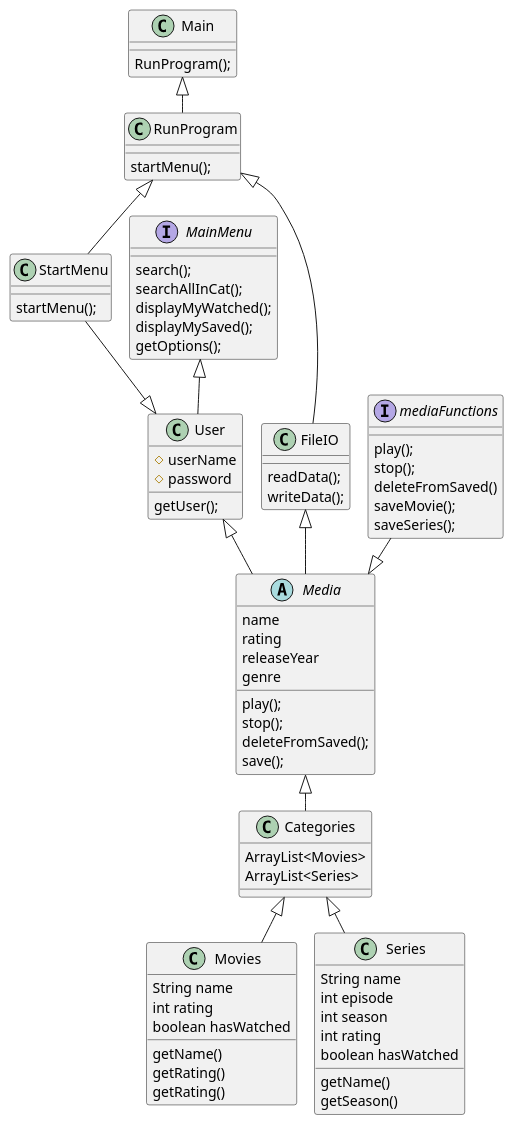
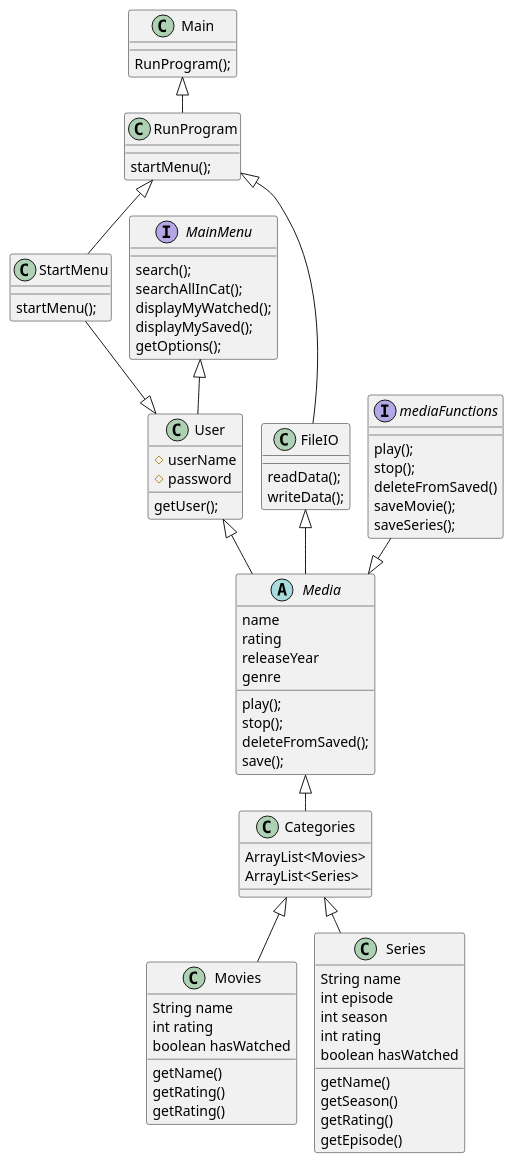
Before and after one commit to SitthichaiPhuanphimai/SP3: the diagram in src/SP3.puml, drawn with PlantUML. The commit also changed 2 other files, not shown here.

```diff
--- a/src/SP3.puml
+++ b/src/SP3.puml
@@ -1,88 +1,90 @@
 @startuml
 'https://plantuml.com/class-diagram
 !pragma layout smetana
 
 Main <|-- RunProgram
 Main : RunProgram();
 
 RunProgram <|--StartMenu
 RunProgram : startMenu();
-
 
 StartMenu : startMenu();
 
 StartMenu --|> User
 MainMenu<|-- User
 User <|-- Media
 
 User : getUser();
 User : #userName
 User : #password
 
 interface mediaFunctions
 abstract class Media
 Class Movies
 Class Series
 Class Categories
 
 Movies : String name
 Movies : int rating
 Movies : boolean hasWatched
 Movies : getName()
 Movies : getRating()
 Movies : getRating()
 
 Series : String name
 Series : int episode
 Series : int season
 Series : int rating
 Series : boolean hasWatched
 Series : getName()
 Series : getSeason()
+Series : getRating()
+Series : getEpisode()
+
 
 
 Media : name
 Media : rating
 Media : releaseYear
 Media : genre
 Media : play();
 Media : stop();
 Media : deleteFromSaved();
 Media : save();
 
 Categories : ArrayList<Movies>
 Categories : ArrayList<Series>
 
 Categories <|--Movies
 Categories <|--Series
 
 mediaFunctions : play();
 mediaFunctions : stop();
 mediaFunctions : deleteFromSaved()
 mediaFunctions : saveMovie();
 mediaFunctions : saveSeries();
 
 
 
 
 mediaFunctions --|> Media
 
 interface MainMenu
 MainMenu : search();
 MainMenu : searchAllInCat();
 MainMenu : displayMyWatched();
 MainMenu : displayMySaved();
 MainMenu : getOptions();
 
 
 
 FileIO : readData();
 FileIO : writeData();
 
 RunProgram <|-- FileIO
 Media <|--Categories
 FileIO <|-- Media
 
 
 
 @enduml
```
